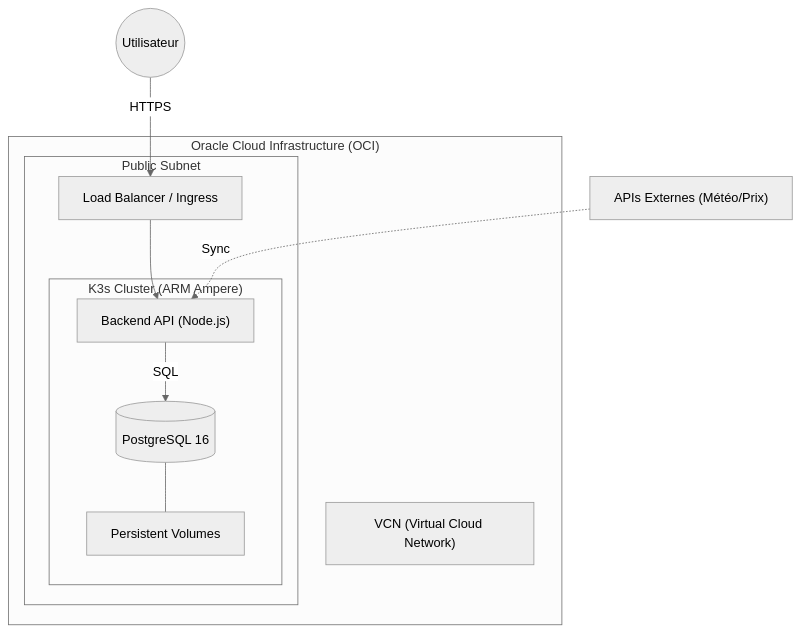
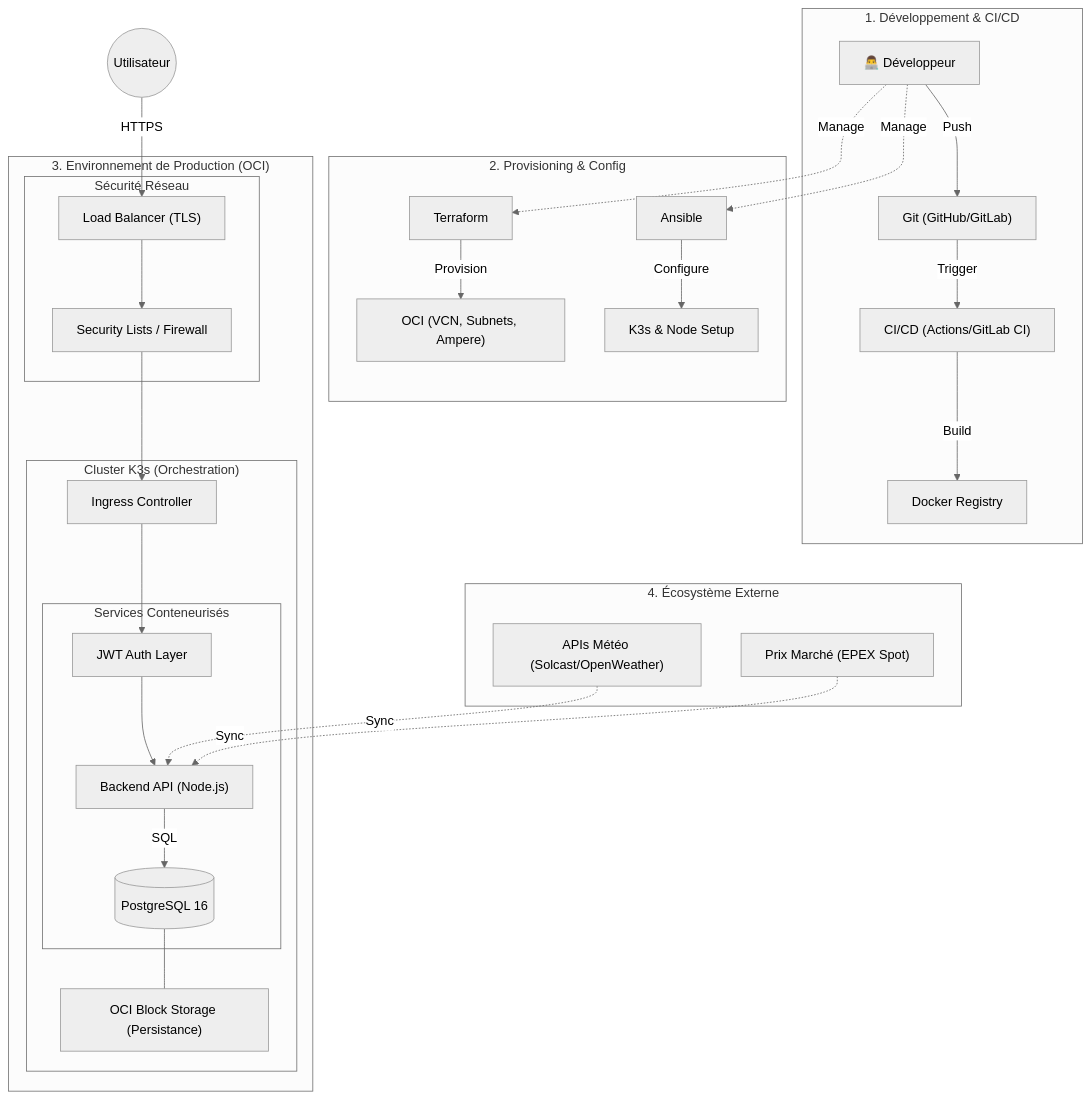
One commit to DJOMATIN-AHO-Christian/Nukunu-Solar-projet-asd changed the diagram in README.md. Above: the diagram before and after it, drawn with Mermaid (neutral theme). The commit also changed other lines of this file, not shown here.

Commit message:
docs: consolidate architecture into a comprehensive Mermaid diagram

````diff
--- a/README.md
+++ b/README.md
@@ -27,20 +27,48 @@
 ```mermaid
 graph TD
-    subgraph OCI ["Oracle Cloud Infrastructure (OCI)"]
-        VCN["VCN (Virtual Cloud Network)"]
-        subgraph Subnet ["Public Subnet"]
-            LB["Load Balancer / Ingress"]
-            subgraph K3s ["K3s Cluster (ARM Ampere)"]
+    subgraph Dev ["1. Développement & CI/CD"]
+        Developer["👨‍💻 Développeur"] -->|Push| Git["Git (GitHub/GitLab)"]
+        Git -->|Trigger| CICD["CI/CD (Actions/GitLab CI)"]
+        CICD -->|Build| Docker["Docker Registry"]
+    end
+
+    subgraph IaC ["2. Provisioning & Config"]
+        TF["Terraform"] -->|Provision| OCI_Res["OCI (VCN, Subnets, Ampere)"]
+        Ansible["Ansible"] -->|Configure| K3s_Setup["K3s & Node Setup"]
+    end
+
+    subgraph Runtime ["3. Environnement de Production (OCI)"]
+        subgraph Network ["Sécurité Réseau"]
+            SL["Security Lists / Firewall"]
+            LB["Load Balancer (TLS)"]
+        end
+
+        subgraph K3s ["Cluster K3s (Orchestration)"]
+            Ingress["Ingress Controller"]
+            subgraph Pods ["Services Conteneurisés"]
                 API["Backend API (Node.js)"]
+                AUTH["JWT Auth Layer"]
                 DB[("PostgreSQL 16")]
-                FS["Persistent Volumes"]
             end
+            Storage["OCI Block Storage (Persistance)"]
         end
     end
 
+    subgraph Extern ["4. Écosystème Externe"]
+        Meteo["APIs Météo (Solcast/OpenWeather)"]
+        Market["Prix Marché (EPEX Spot)"]
+    end
+
+    %% Interactions
+    Developer -.->|Manage| TF
+    Developer -.->|Manage| Ansible
     User((Utilisateur)) -->|HTTPS| LB
-    LB --> API
+    LB --> SL
+    SL --> Ingress
+    Ingress --> AUTH
+    AUTH --> API
     API -->|SQL| DB
-    DB --- FS
-    ExtAPI["APIs Externes (Météo/Prix)"] -.->|Sync| API
+    DB --- Storage
+    Meteo -.->|Sync| API
+    Market -.->|Sync| API
 ```
````
